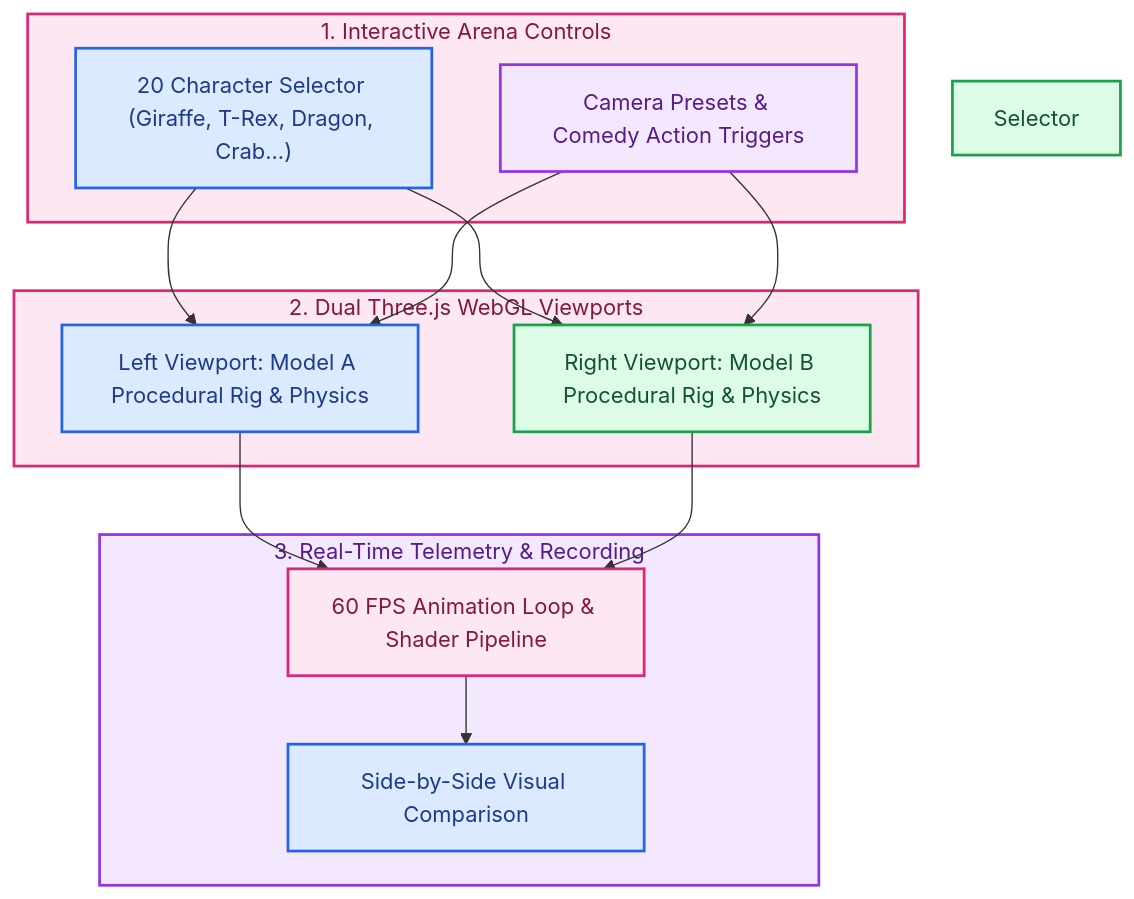
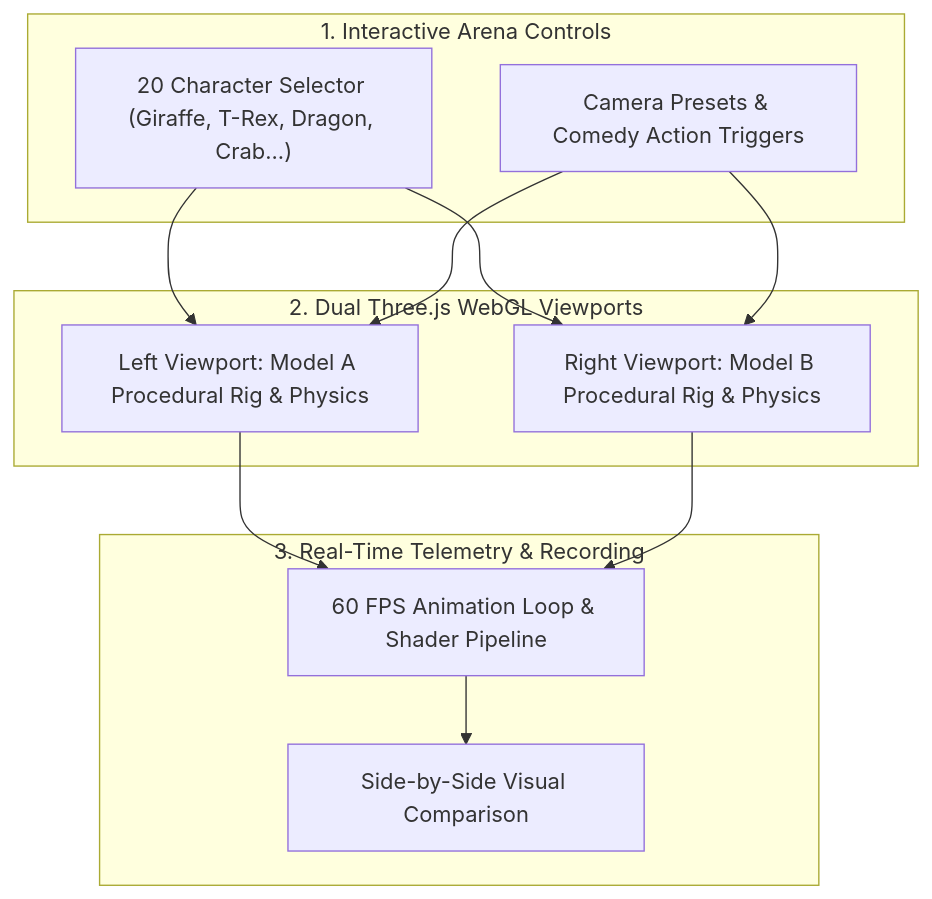
One commit to RobinaMirbahar/llm-3d-comedy-arena changed the diagram in README.md. Above: the diagram before and after it, drawn with Mermaid.

Commit message:
docs: revert Mermaid color overrides for crisp native GitHub rendering and consolidate header

````diff
--- a/README.md
+++ b/README.md
@@ -28,28 +28,18 @@
 ```mermaid
 flowchart TD
     subgraph UI ["1. Interactive Arena Controls"]
         U_Sel["20 Character Selector (Giraffe, T-Rex, Dragon, Crab...)"]
         U_Cam["Camera Presets & Comedy Action Triggers"]
     end
     subgraph Render ["2. Dual Three.js WebGL Viewports"]
         R_Left["Left Viewport: Model A Procedural Rig & Physics"]
         R_Right["Right Viewport: Model B Procedural Rig & Physics"]
     end
     subgraph Perf ["3. Real-Time Telemetry & Recording"]
         P_FPS["60 FPS Animation Loop & Shader Pipeline"]
         P_Out["Side-by-Side Visual Comparison"]
     end
     U_Sel --> R_Left & R_Right
     U_Cam --> R_Left & R_Right
     R_Left & R_Right --> P_FPS --> P_Out
-    style UI fill:#fce7f3,stroke:#db2777,stroke-width:2px,color:#831843
-    style U_Sel fill:#dbeafe,stroke:#2563eb,stroke-width:2px,color:#1e3a8a
-    style Selector fill:#dcfce7,stroke:#16a34a,stroke-width:2px,color:#14532d
-    style U_Cam fill:#f3e8ff,stroke:#9333ea,stroke-width:2px,color:#581c87
-    style Render fill:#fce7f3,stroke:#db2777,stroke-width:2px,color:#831843
-    style R_Left fill:#dbeafe,stroke:#2563eb,stroke-width:2px,color:#1e3a8a
-    style R_Right fill:#dcfce7,stroke:#16a34a,stroke-width:2px,color:#14532d
-    style Perf fill:#f3e8ff,stroke:#9333ea,stroke-width:2px,color:#581c87
-    style P_FPS fill:#fce7f3,stroke:#db2777,stroke-width:2px,color:#831843
-    style P_Out fill:#dbeafe,stroke:#2563eb,stroke-width:2px,color:#1e3a8a
 ```
````
